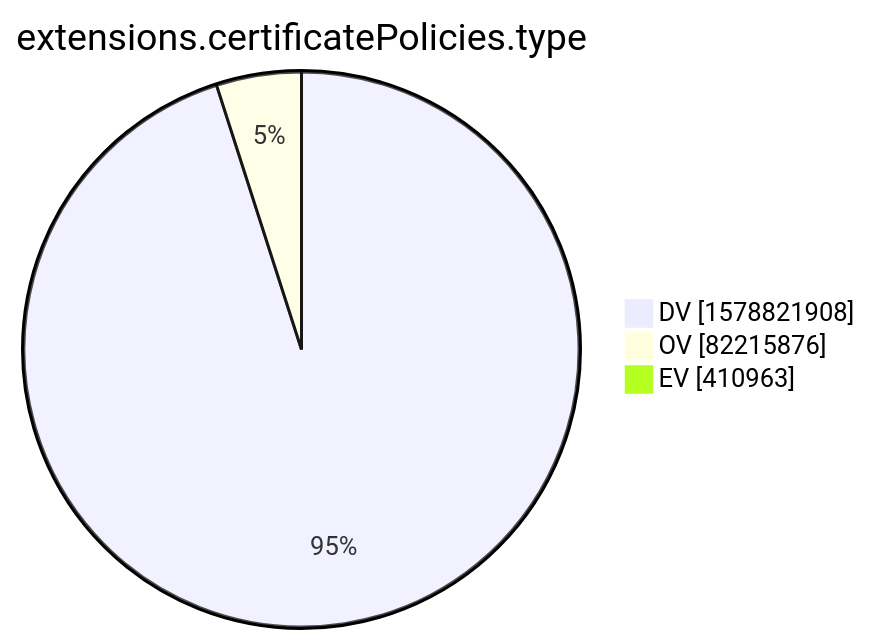
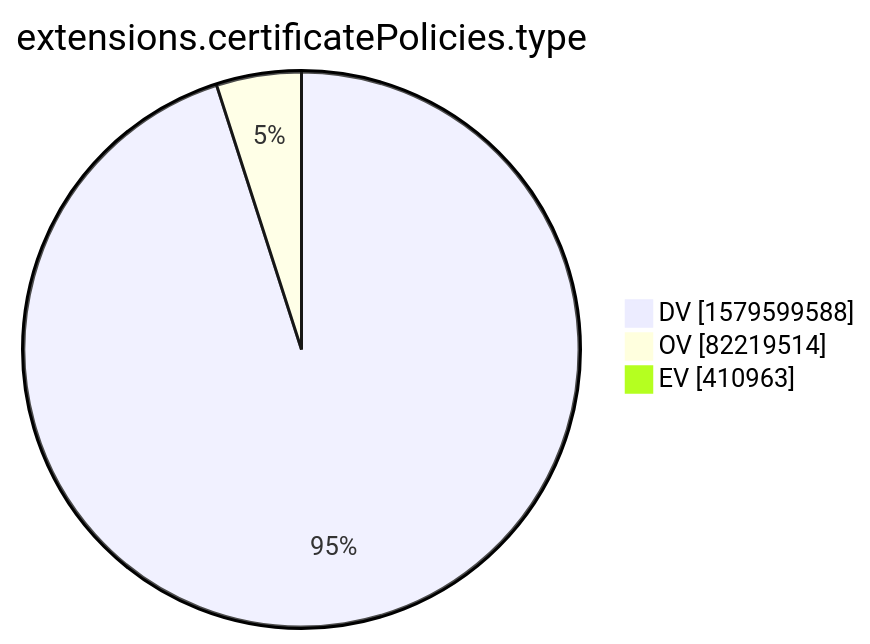
The tenth of 15 diagrams in xenon2022/README.md (christiankrug/ctmonitor_visualization), drawn with Mermaid before and after one commit. The commit also changed other lines of this file, not shown here.

````diff
--- a/xenon2022/README.md
+++ b/xenon2022/README.md
@@ -2877,7 +2877,7 @@
 ```mermaid
 pie showData
 title extensions.certificatePolicies.type
-"DV" :1578821908
-"OV" :82215876
+"DV" :1579599588
+"OV" :82219514
 "EV" :410963
 ```
````
